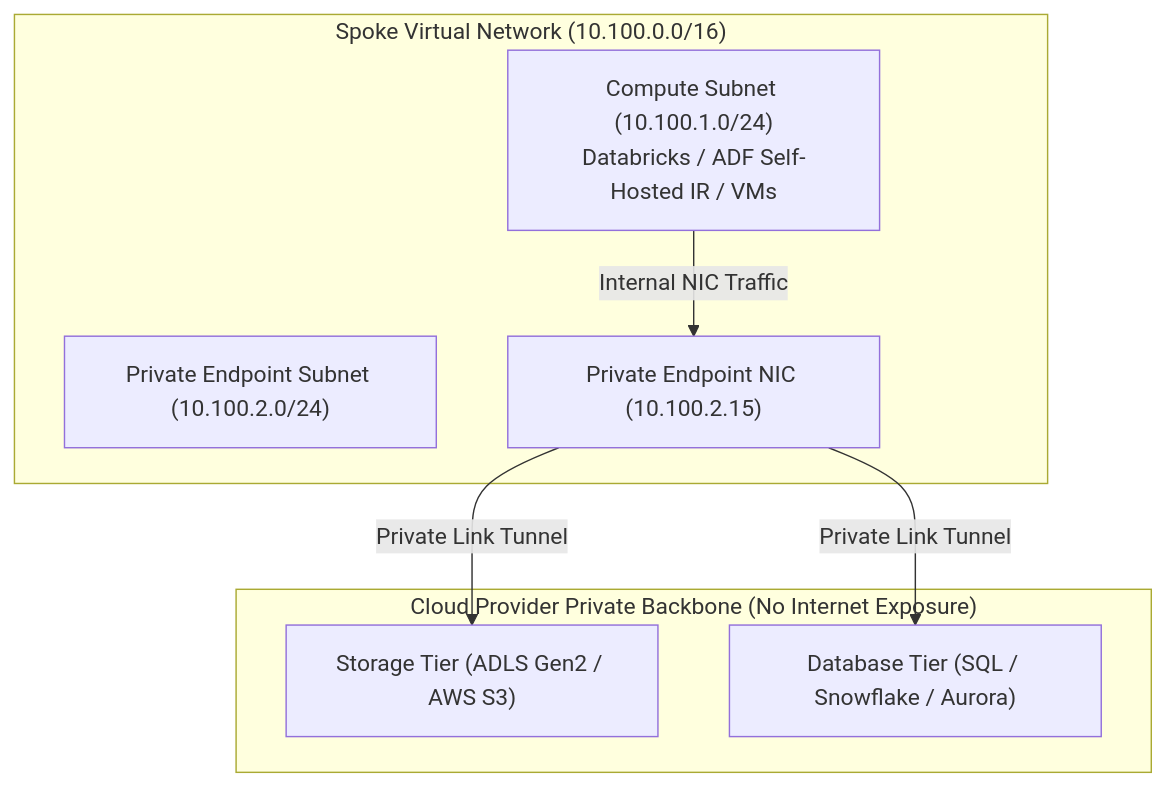
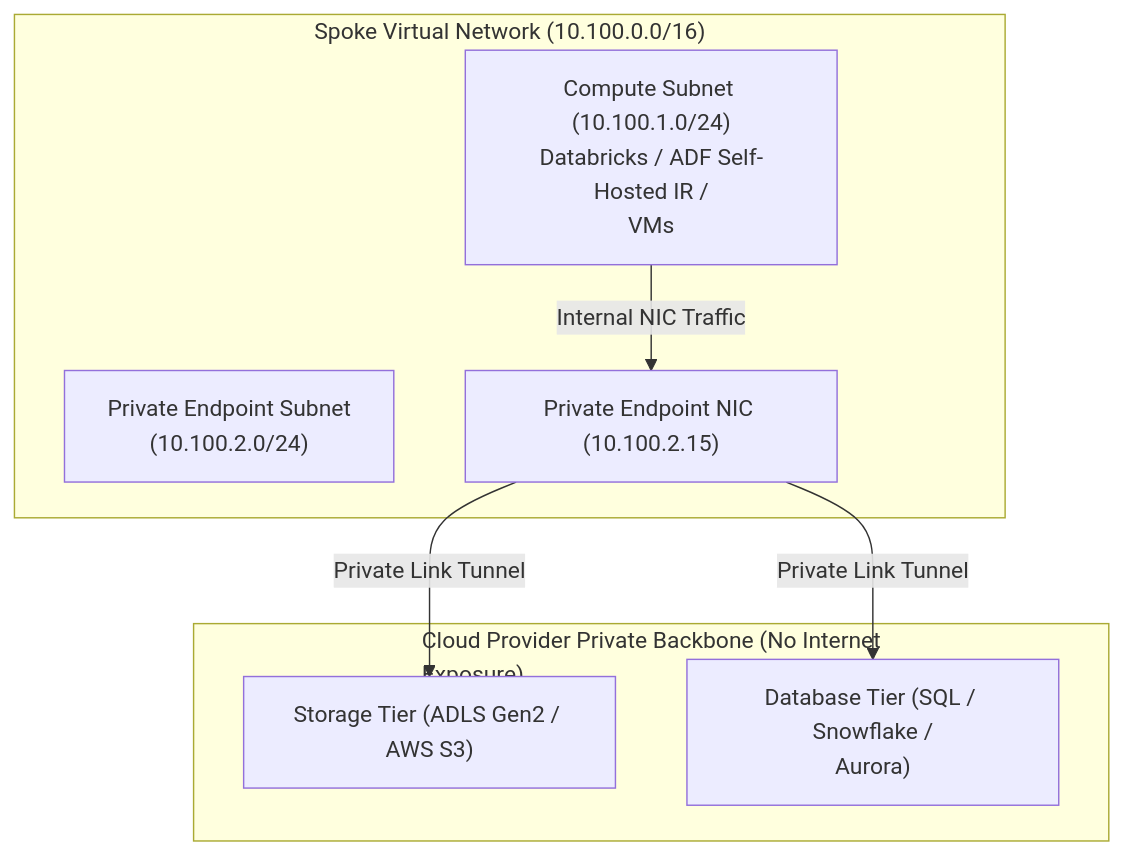
Before and after one commit to santoshjammi29/security-handbook: the first of 2 diagrams in modules/03_cloud_networking_and_perimeter_defense/README.md, drawn with Mermaid. The commit also changed other lines of this file and 22 other files, not shown here.

Commit message:
fix(diagrams): word-wrap labels and escape comparison operators across all diagrams

````diff
--- a/modules/03_cloud_networking_and_perimeter_defense/README.md
+++ b/modules/03_cloud_networking_and_perimeter_defense/README.md
@@ -7,14 +7,14 @@
 ```mermaid
 flowchart TD
     subgraph CorporateVNet["Spoke Virtual Network (10.100.0.0/16)"]
-        ComputeSubnet["Compute Subnet (10.100.1.0/24)<br>Databricks / ADF Self-Hosted IR / VMs"]
-        EndpointSubnet["Private Endpoint Subnet (10.100.2.0/24)"]
+        ComputeSubnet["Compute Subnet (10.100.1.0/24)<br/>Databricks / ADF Self-Hosted IR /<br/>VMs"]
+        EndpointSubnet["Private Endpoint Subnet<br/>(10.100.2.0/24)"]
 
         ComputeSubnet -->|Internal NIC Traffic| PE["Private Endpoint NIC (10.100.2.15)"]
     end
 
-    subgraph GlobalBackbone["Cloud Provider Private Backbone (No Internet Exposure)"]
+    subgraph GlobalBackbone["Cloud Provider Private Backbone (No Internet<br/>Exposure)"]
         PE -->|Private Link Tunnel| StorageService["Storage Tier (ADLS Gen2 / AWS S3)"]
-        PE -->|Private Link Tunnel| DatabaseService["Database Tier (SQL / Snowflake / Aurora)"]
+        PE -->|Private Link Tunnel| DatabaseService["Database Tier (SQL / Snowflake /<br/>Aurora)"]
     end
 ```
````
